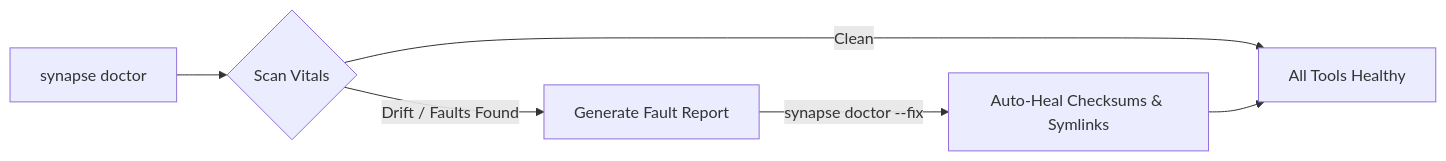
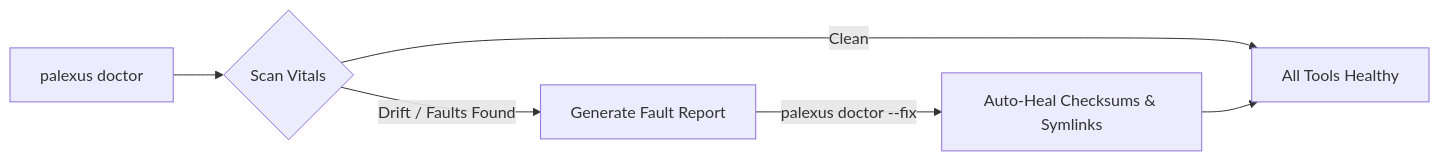
Before and after one commit to earnerbaymalay/palexus-brain: the fourth of 4 diagrams in docs/USER_GUIDE.md, drawn with Mermaid. The commit also changed other lines of this file and 171 other files, not shown here.

First line of the commit message:
feat!: rename Synapse to Palexus Brain

````diff
--- a/docs/USER_GUIDE.md
+++ b/docs/USER_GUIDE.md
@@ -303,8 +303,8 @@
 ```mermaid
 flowchart LR
-    A[synapse doctor] --> B{Scan Vitals}
+    A[palexus doctor] --> B{Scan Vitals}
     B -->|Clean| C[All Tools Healthy]
     B -->|Drift / Faults Found| D[Generate Fault Report]
-    D -->|synapse doctor --fix| E[Auto-Heal Checksums & Symlinks]
+    D -->|palexus doctor --fix| E[Auto-Heal Checksums & Symlinks]
     E --> C
 ```
````
